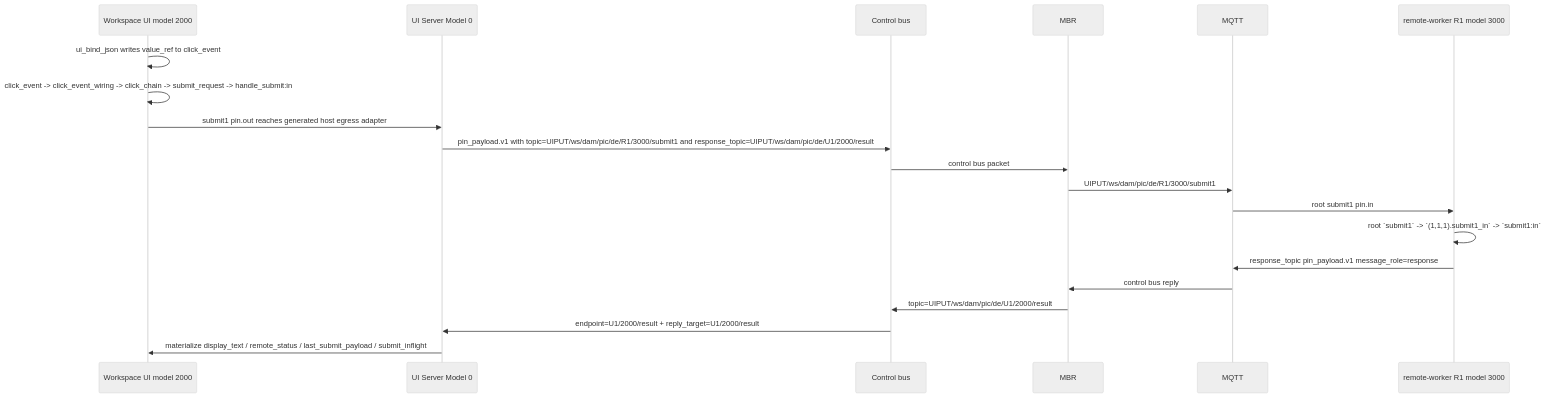
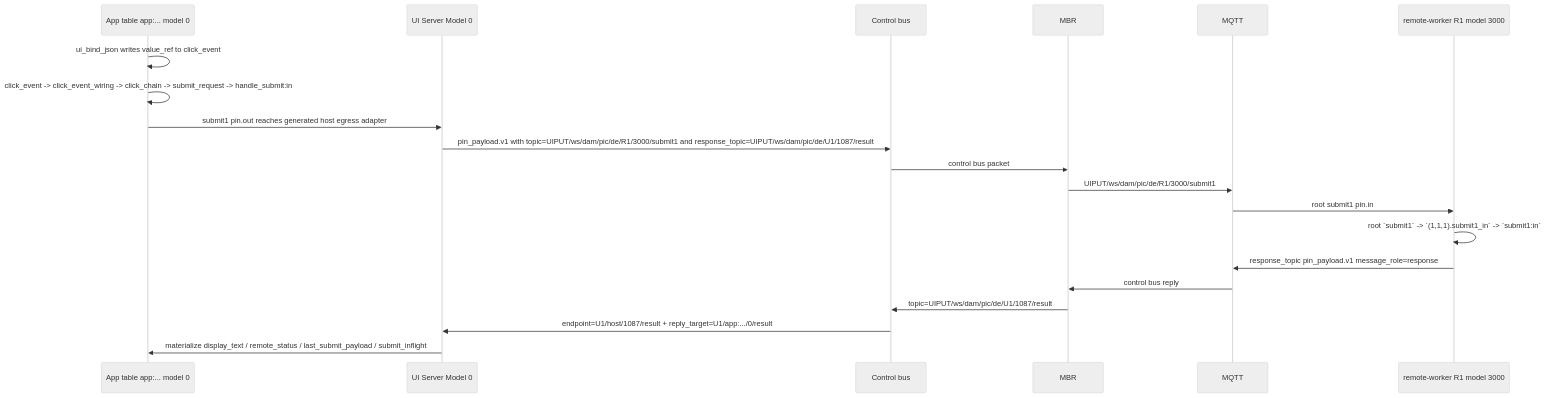
One commit to drooop/dongyu_js_core changed the first of 3 diagrams in docs/user-guide/slide-app-runtime/minimal_submit_app_provider_visualized.md. Above: the diagram before and after it, drawn with Mermaid (neutral theme). The commit also changed other lines of this file and 64 other files, not shown here.

````diff
--- a/docs/user-guide/slide-app-runtime/minimal_submit_app_provider_visualized.md
+++ b/docs/user-guide/slide-app-runtime/minimal_submit_app_provider_visualized.md
@@ -15,22 +15,22 @@
 ```mermaid
 sequenceDiagram
-  participant UI as Workspace UI model 2000
+  participant UI as App table app:... model 0
   participant M0 as UI Server Model 0
   participant CB as Control bus
   participant MBR as MBR
   participant MQTT as MQTT
   participant R1 as remote-worker R1 model 3000
   UI->>UI: ui_bind_json writes value_ref to click_event
   UI->>UI: click_event -> click_event_wiring -> click_chain -> submit_request -> handle_submit:in
   UI->>M0: submit1 pin.out reaches generated host egress adapter
-  M0->>CB: pin_payload.v1 with topic=UIPUT/ws/dam/pic/de/R1/3000/submit1 and response_topic=UIPUT/ws/dam/pic/de/U1/2000/result
+  M0->>CB: pin_payload.v1 with topic=UIPUT/ws/dam/pic/de/R1/3000/submit1 and response_topic=UIPUT/ws/dam/pic/de/U1/1087/result
   CB->>MBR: control bus packet
   MBR->>MQTT: UIPUT/ws/dam/pic/de/R1/3000/submit1
   MQTT->>R1: root submit1 pin.in
   R1->>R1: root `submit1` -> `(1,1,1).submit1_in` -> `submit1:in`
   R1->>MQTT: response_topic pin_payload.v1 message_role=response
   MQTT->>MBR: control bus reply
-  MBR->>CB: topic=UIPUT/ws/dam/pic/de/U1/2000/result
-  CB->>M0: endpoint=U1/2000/result + reply_target=U1/2000/result
+  MBR->>CB: topic=UIPUT/ws/dam/pic/de/U1/1087/result
+  CB->>M0: endpoint=U1/host/1087/result + reply_target=U1/app:.../0/result
   M0->>UI: materialize display_text / remote_status / last_submit_payload / submit_inflight
 ```
````
